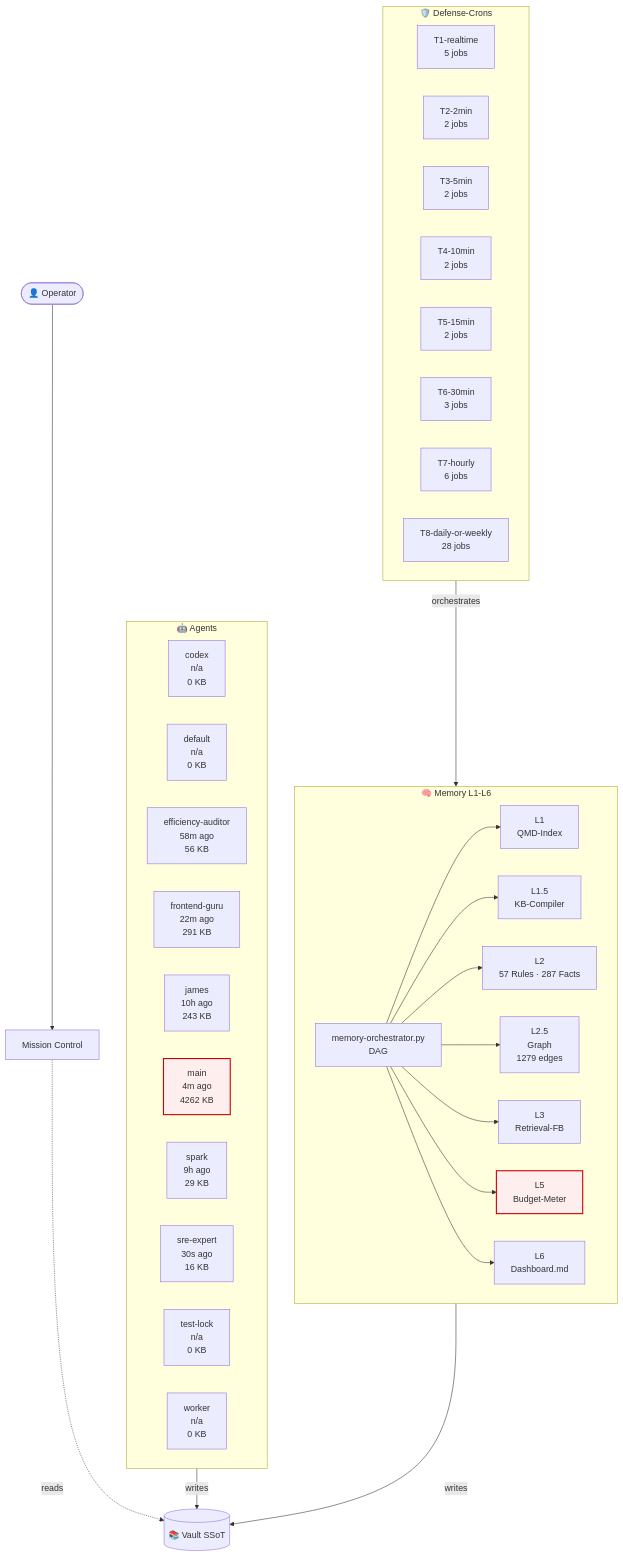
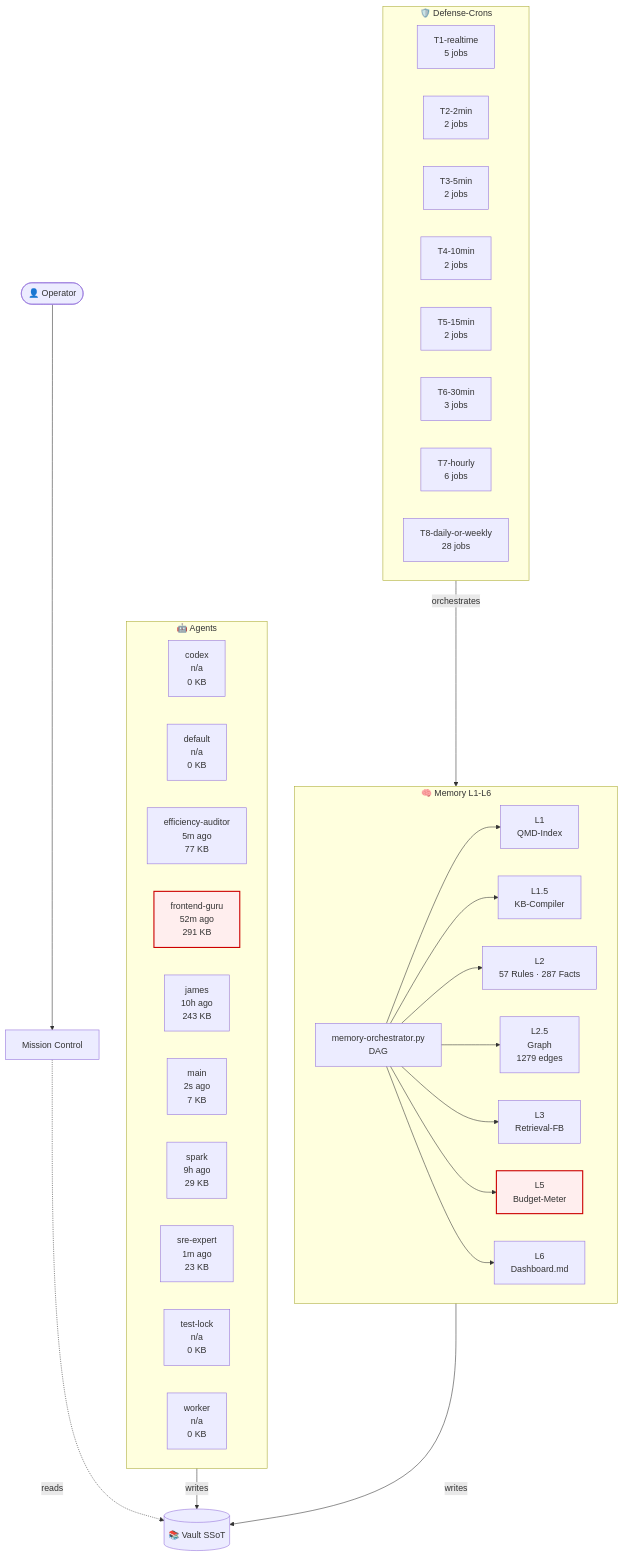
One commit to lenardhuebner88-rgb/openclaw-memory changed the diagram in 03-Agents/architecture-live.md. Above: the diagram before and after it, drawn with Mermaid. The commit also changed other lines of this file and 21 other files, not shown here.

````diff
--- a/03-Agents/architecture-live.md
+++ b/03-Agents/architecture-live.md
@@ -18,53 +18,53 @@
 ```mermaid
 flowchart TB
     classDef critical fill:#fee,stroke:#c00,stroke-width:2px;
     subgraph AGT["🤖 Agents"]
         agent_codex["codex<br/>n/a<br/>0 KB"]
         agent_default["default<br/>n/a<br/>0 KB"]
-        agent_efficiency_auditor["efficiency-auditor<br/>58m ago<br/>56 KB"]
-        agent_frontend_guru["frontend-guru<br/>22m ago<br/>291 KB"]
+        agent_efficiency_auditor["efficiency-auditor<br/>5m ago<br/>77 KB"]
+        agent_frontend_guru["frontend-guru<br/>52m ago<br/>291 KB"]
         agent_james["james<br/>10h ago<br/>243 KB"]
-        agent_main["main<br/>4m ago<br/>4262 KB"]
+        agent_main["main<br/>2s ago<br/>7 KB"]
         agent_spark["spark<br/>9h ago<br/>29 KB"]
-        agent_sre_expert["sre-expert<br/>30s ago<br/>16 KB"]
+        agent_sre_expert["sre-expert<br/>1m ago<br/>23 KB"]
         agent_test_lock["test-lock<br/>n/a<br/>0 KB"]
         agent_worker["worker<br/>n/a<br/>0 KB"]
     end
     subgraph MEM["🧠 Memory L1-L6"]
         L1["L1<br/>QMD-Index"]
         L15["L1.5<br/>KB-Compiler"]
         L2["L2<br/>57 Rules · 287 Facts"]
         L25["L2.5<br/>Graph<br/>1279 edges"]
         L3["L3<br/>Retrieval-FB"]
         L5["L5<br/>Budget-Meter"]
         L6["L6<br/>Dashboard.md"]
         ORCH["memory-orchestrator.py<br/>DAG"]
     end
     subgraph CRN["🛡️ Defense-Crons"]
         tier_T1_realtime["T1-realtime<br/>5 jobs"]
         tier_T2_2min["T2-2min<br/>2 jobs"]
         tier_T3_5min["T3-5min<br/>2 jobs"]
         tier_T4_10min["T4-10min<br/>2 jobs"]
         tier_T5_15min["T5-15min<br/>2 jobs"]
         tier_T6_30min["T6-30min<br/>3 jobs"]
         tier_T7_hourly["T7-hourly<br/>6 jobs"]
         tier_T8_daily_or_weekly["T8-daily-or-weekly<br/>28 jobs"]
     end
     VAULT[("📚 Vault SSoT")]
     OP([👤 Operator])
     MC["Mission Control"]
     OP --> MC
     MC -.reads.-> VAULT
     AGT -->|writes| VAULT
     MEM -->|writes| VAULT
     ORCH --> L1
     ORCH --> L15
     ORCH --> L2
     ORCH --> L25
     ORCH --> L3
     ORCH --> L5
     ORCH --> L6
     CRN -->|orchestrates| MEM
     class L5 critical
-    class agent_main critical
+    class agent_frontend_guru critical
 ```
````
